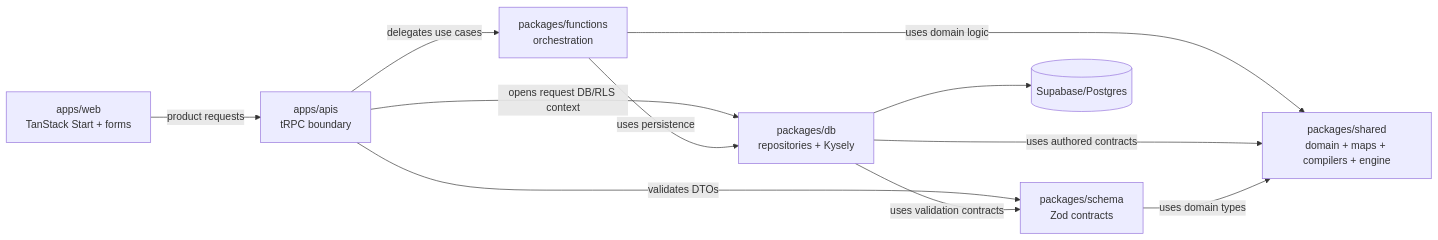
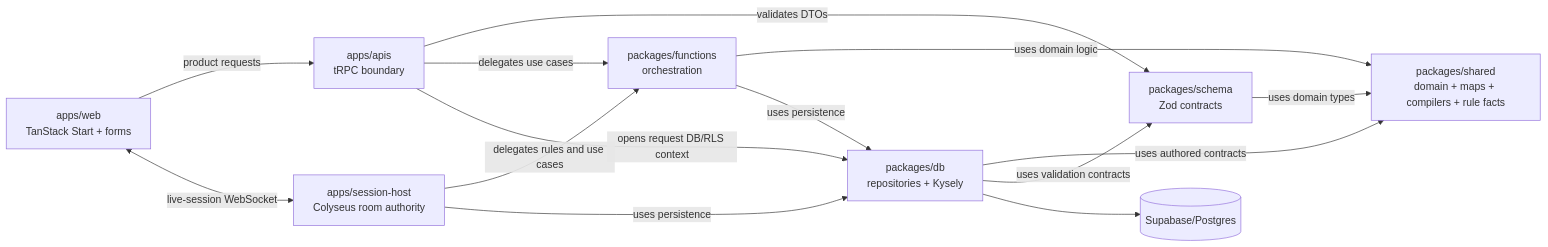
Before and after one commit to MPiland/artificer-toolkit: the diagram in docs/architecture/overview.md, drawn with Mermaid. The commit also changed other lines of this file and 369 other files, not shown here.

````diff
--- a/docs/architecture/overview.md
+++ b/docs/architecture/overview.md
@@ -16,13 +16,16 @@
 ```mermaid
 flowchart LR
   Web["apps/web<br/>TanStack Start + forms"] -->|product requests| API["apps/apis<br/>tRPC boundary"]
   API -->|validates DTOs| Schema["packages/schema<br/>Zod contracts"]
   API -->|delegates use cases| Functions["packages/functions<br/>orchestration"]
   API -->|opens request DB/RLS context| DB["packages/db<br/>repositories + Kysely"]
-  Functions -->|uses domain logic| Shared["packages/shared<br/>domain + maps + compilers + engine"]
+  Web <-->|live-session WebSocket| SessionHost["apps/session-host<br/>Colyseus room authority"]
+  SessionHost -->|delegates rules and use cases| Functions
+  SessionHost -->|uses persistence| DB
+  Functions -->|uses domain logic| Shared["packages/shared<br/>domain + maps + compilers + rule facts"]
   Functions -->|uses persistence| DB
   DB -->|uses authored contracts| Shared
   DB -->|uses validation contracts| Schema
   Schema -->|uses domain types| Shared
   DB --> Supabase[(Supabase/Postgres)]
 ```
````
